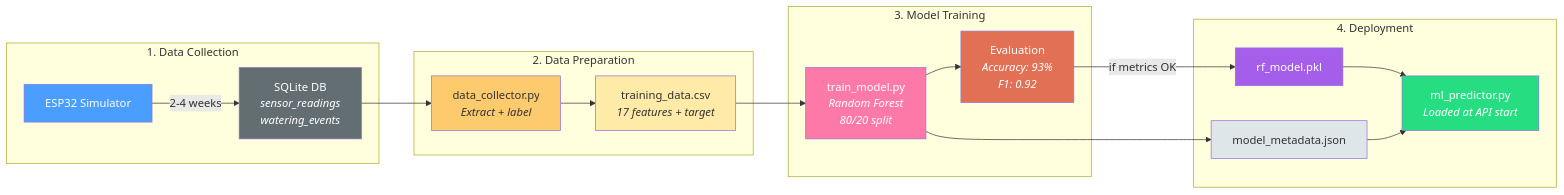
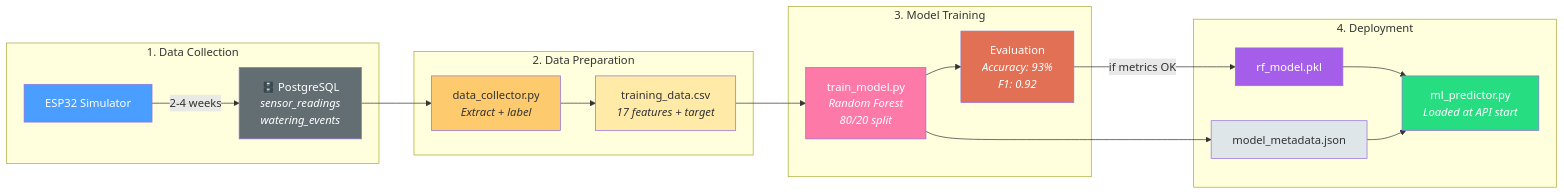
Before and after one commit to godera010/pwos: the third of 3 diagrams in docs/PROJECT_OVERVIEW.md, drawn with Mermaid. The commit also changed other lines of this file and 226 other files, not shown here.

````diff
--- a/docs/PROJECT_OVERVIEW.md
+++ b/docs/PROJECT_OVERVIEW.md
@@ -101,43 +101,43 @@
 ```mermaid
 graph LR
     subgraph "1. Data Collection"
         SIM2["ESP32 Simulator"]
-        DB2["SQLite DB<br/><i>sensor_readings</i><br/><i>watering_events</i>"]
+        DB2["🗄️ PostgreSQL<br/><i>sensor_readings</i><br/><i>watering_events</i>"]
     end
 
     subgraph "2. Data Preparation"
         EXT["data_collector.py<br/><i>Extract + label</i>"]
         CSV["training_data.csv<br/><i>17 features + target</i>"]
     end
 
     subgraph "3. Model Training"
         TRAIN["train_model.py<br/><i>Random Forest</i><br/><i>80/20 split</i>"]
         EVAL["Evaluation<br/><i>Accuracy: 93%</i><br/><i>F1: 0.92</i>"]
     end
 
     subgraph "4. Deployment"
         PKL["rf_model.pkl"]
         META["model_metadata.json"]
         PRED["ml_predictor.py<br/><i>Loaded at API start</i>"]
     end
 
     SIM2 -- "2-4 weeks" --> DB2
     DB2 --> EXT
     EXT --> CSV
     CSV --> TRAIN
     TRAIN --> EVAL
     EVAL -- "if metrics OK" --> PKL
     TRAIN --> META
     PKL --> PRED
     META --> PRED
 
     style SIM2 fill:#4a9eff,color:#fff
     style DB2 fill:#636e72,color:#fff
     style EXT fill:#fdcb6e,color:#333
     style CSV fill:#ffeaa7,color:#333
     style TRAIN fill:#fd79a8,color:#fff
     style EVAL fill:#e17055,color:#fff
     style PKL fill:#a55eea,color:#fff
     style META fill:#dfe6e9,color:#333
     style PRED fill:#26de81,color:#fff
 ```
````
